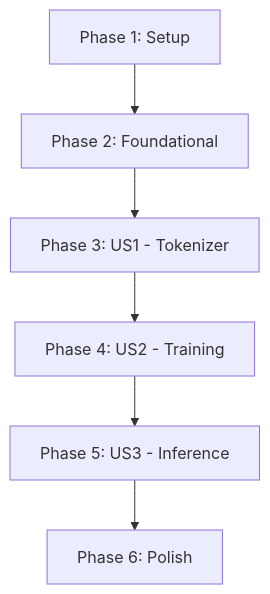
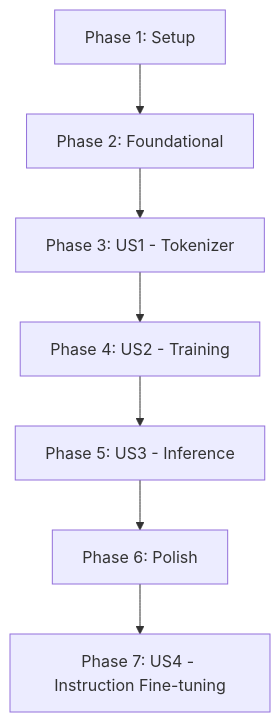
One commit to VenkatesanNadimuthu/C3AN-Model changed the diagram in specs/001-gpt2-pretrain-recipes/tasks.md. Above: the diagram before and after it, drawn with Mermaid. The commit also changed other lines of this file and 2 other files, not shown here.

First line of the commit message:
docs: add Phase 2 instruction fine-tuning to specifications

````diff
--- a/specs/001-gpt2-pretrain-recipes/tasks.md
+++ b/specs/001-gpt2-pretrain-recipes/tasks.md
@@ -125,8 +159,9 @@
 ```mermaid
 graph TD
     P1[Phase 1: Setup] --> P2[Phase 2: Foundational]
     P2 --> P3[Phase 3: US1 - Tokenizer]
     P3 --> P4[Phase 4: US2 - Training]
     P4 --> P5[Phase 5: US3 - Inference]
     P5 --> P6[Phase 6: Polish]
+    P6 --> P7[Phase 7: US4 - Instruction Fine-tuning]
 ```
````
